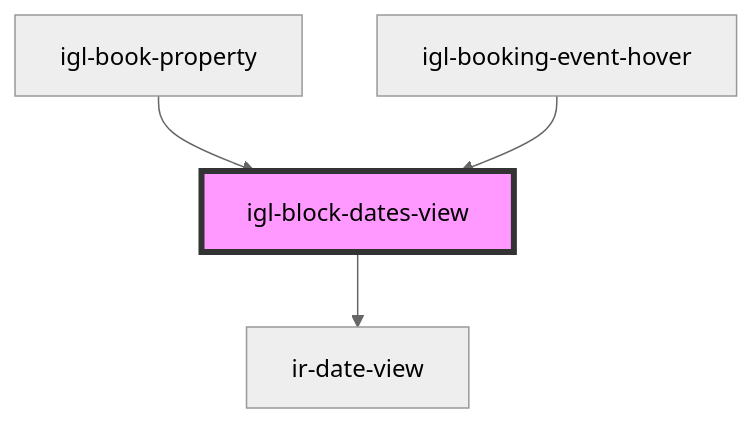
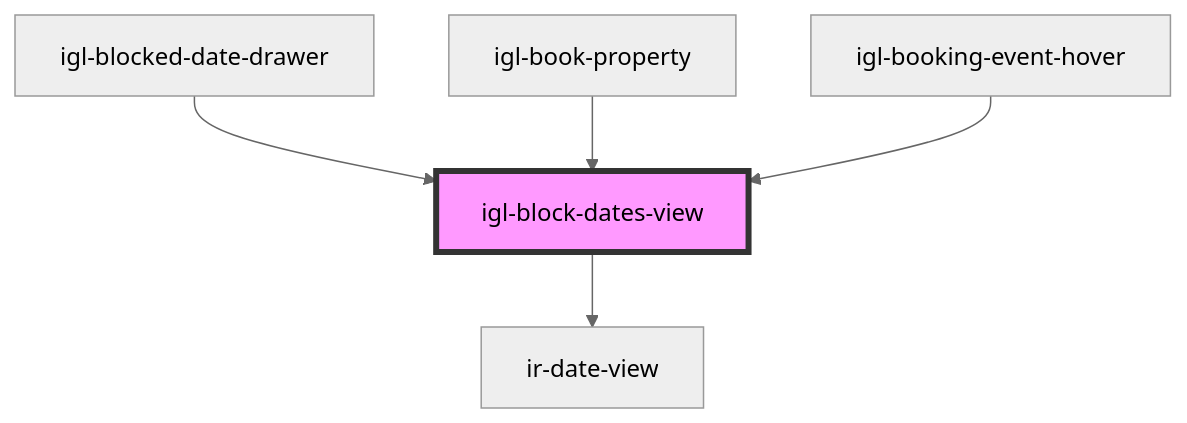
One commit to David1Chowaifaty/modified-ir-webcmp changed the diagram in src/components/igloo-calendar/igl-block-dates-view/readme.md. Above: the diagram before and after it, drawn with Mermaid (neutral theme). The commit also changed other lines of this file and 56 other files, not shown here.

````diff
--- a/src/components/igloo-calendar/igl-block-dates-view/readme.md
+++ b/src/components/igloo-calendar/igl-block-dates-view/readme.md
@@ -40,7 +41,8 @@
 ```mermaid
 graph TD;
   igl-block-dates-view --> ir-date-view
+  igl-blocked-date-drawer --> igl-block-dates-view
   igl-book-property --> igl-block-dates-view
   igl-booking-event-hover --> igl-block-dates-view
   style igl-block-dates-view fill:#f9f,stroke:#333,stroke-width:4px
 ```
````
